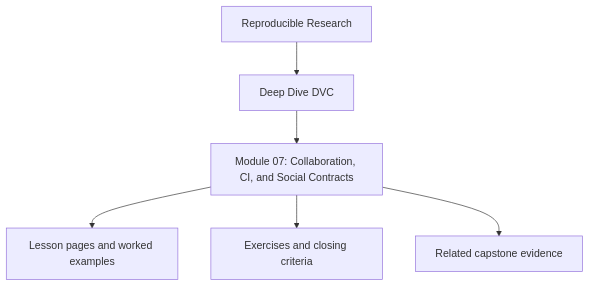
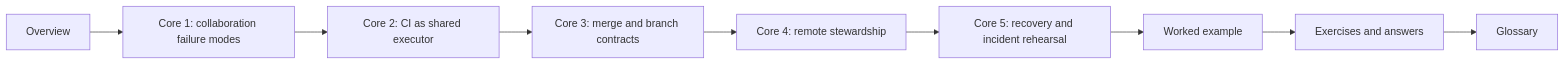
One commit to bijux/bijux-masterclass changed the diagram in programs/reproducible-research/deep-dive-dvc/course-book/module-07-collaboration-ci-social-contracts/index.md. Above: the diagram before and after it, drawn with Mermaid. The commit also changed other lines of this file, not shown here.

Commit message:
docs(dvc): reshape collaboration contract overview

````diff
--- a/programs/reproducible-research/deep-dive-dvc/course-book/module-07-collaboration-ci-social-contracts/index.md
+++ b/programs/reproducible-research/deep-dive-dvc/course-book/module-07-collaboration-ci-social-contracts/index.md
@@ -7,8 +51,11 @@
 ```mermaid
-flowchart TD
-  family["Reproducible Research"] --> program["Deep Dive DVC"]
-  program --> module["Module 07: Collaboration, CI, and Social Contracts"]
-  module --> lessons["Lesson pages and worked examples"]
-  module --> checkpoints["Exercises and closing criteria"]
-  module --> capstone["Related capstone evidence"]
+flowchart LR
+  overview["Overview"] --> core1["Core 1: collaboration failure modes"]
+  core1 --> core2["Core 2: CI as shared executor"]
+  core2 --> core3["Core 3: merge and branch contracts"]
+  core3 --> core4["Core 4: remote stewardship"]
+  core4 --> core5["Core 5: recovery and incident rehearsal"]
+  core5 --> example["Worked example"]
+  example --> practice["Exercises and answers"]
+  practice --> glossary["Glossary"]
 ```
````
